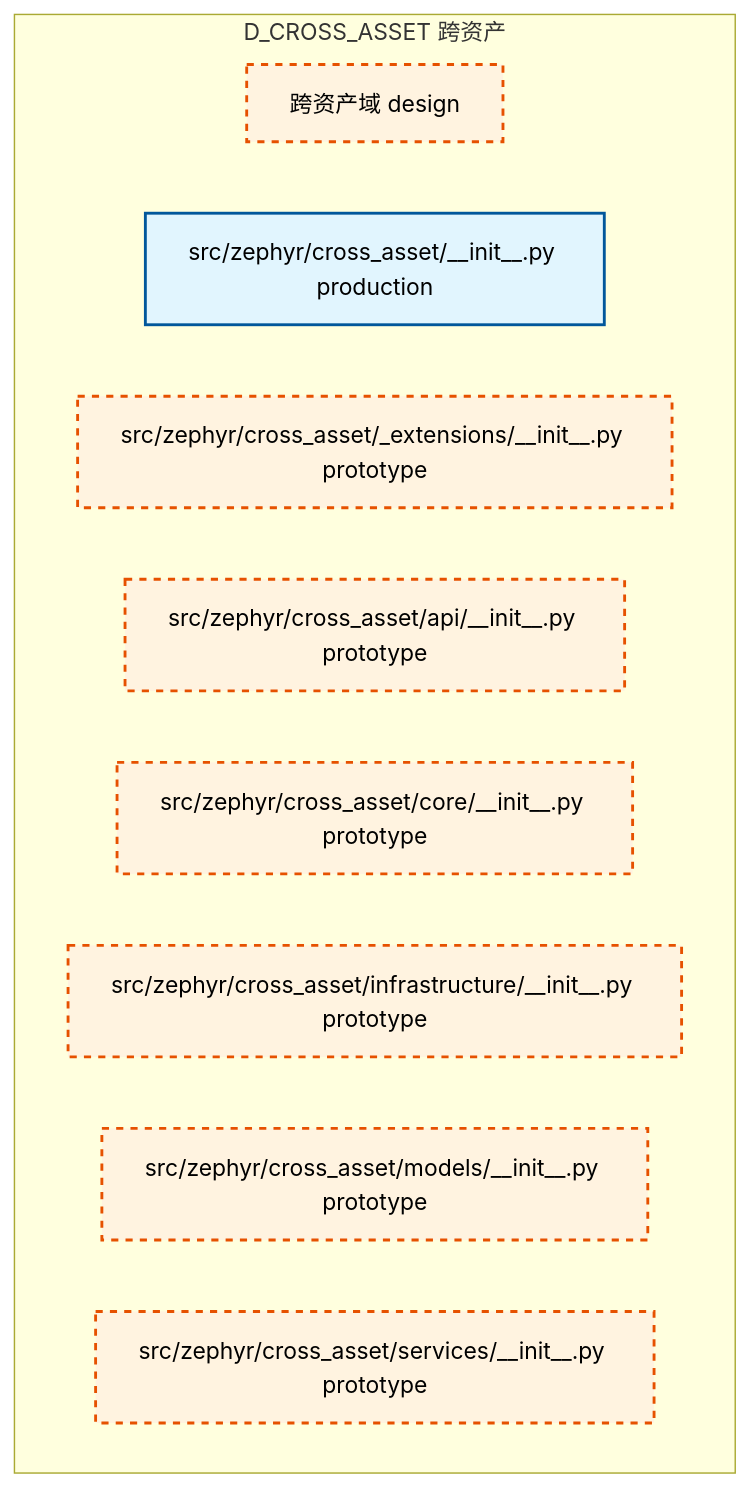
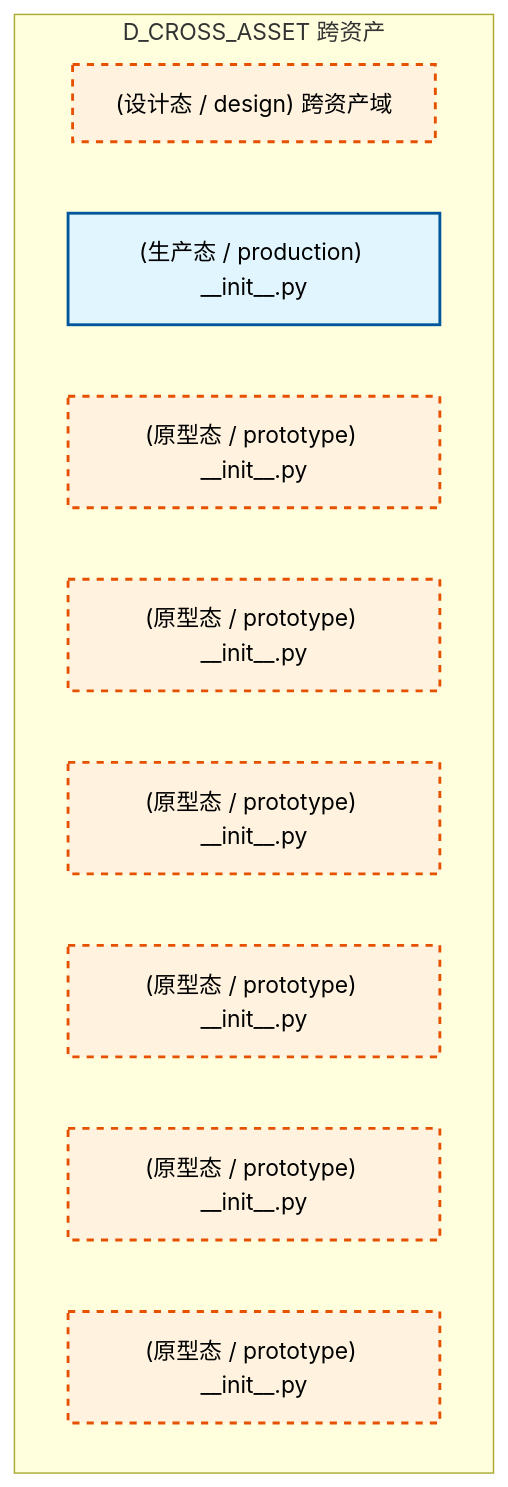
One commit to xuanFelixVan/ZephyrAlpha changed the diagram in docs/02_enterprise_architecture/02_domain_architecture_docs/24_d_cross_asset.md. Above: the diagram before and after it, drawn with Mermaid. The commit also changed other lines of this file and 100 other files, not shown here.

````diff
--- a/docs/02_enterprise_architecture/02_domain_architecture_docs/24_d_cross_asset.md
+++ b/docs/02_enterprise_architecture/02_domain_architecture_docs/24_d_cross_asset.md
@@ -47,19 +49,19 @@
 ```mermaid
 graph TD
     subgraph D_CROSS_ASSET["D_CROSS_ASSET 跨资产"]
-        src_zephyr_cross_asset["跨资产域 design"]
-        src_zephyr_cross_asset_init_py["src/zephyr/cross_asset/__init__.py production"]
-        src_zephyr_cross_asset_extensions_init_py["src/zephyr/cross_asset/_extensions/__init__.py prototype"]
-        src_zephyr_cross_asset_api_init_py["src/zephyr/cross_asset/api/__init__.py prototype"]
-        src_zephyr_cross_asset_core_init_py["src/zephyr/cross_asset/core/__init__.py prototype"]
-        src_zephyr_cross_asset_infrastructure_init_py["src/zephyr/cross_asset/infrastructure/__init__.py prototype"]
-        src_zephyr_cross_asset_models_init_py["src/zephyr/cross_asset/models/__init__.py prototype"]
-        src_zephyr_cross_asset_services_init_py["src/zephyr/cross_asset/services/__init__.py prototype"]
+        src_zephyr_cross_asset["(设计态 / design) 跨资产域"]
+        src_zephyr_cross_asset_init_py["(生产态 / production) __init__.py"]
+        src_zephyr_cross_asset_extensions_init_py["(原型态 / prototype) __init__.py"]
+        src_zephyr_cross_asset_api_init_py["(原型态 / prototype) __init__.py"]
+        src_zephyr_cross_asset_core_init_py["(原型态 / prototype) __init__.py"]
+        src_zephyr_cross_asset_infrastructure_init_py["(原型态 / prototype) __init__.py"]
+        src_zephyr_cross_asset_models_init_py["(原型态 / prototype) __init__.py"]
+        src_zephyr_cross_asset_services_init_py["(原型态 / prototype) __init__.py"]
     end
     classDef production fill:#e1f5fe,stroke:#01579b,stroke-width:2px,color:#000
     classDef design fill:#fff3e0,stroke:#e65100,stroke-width:2px,color:#000,stroke-dasharray: 5 5
     classDef external_prod fill:#e8f5e9,stroke:#1b5e20,stroke-width:1px,color:#000
     classDef external_design fill:#fce4ec,stroke:#880e4f,stroke-width:1px,color:#000,stroke-dasharray: 5 5
     class src_zephyr_cross_asset_init_py production
     class src_zephyr_cross_asset,src_zephyr_cross_asset_extensions_init_py,src_zephyr_cross_asset_api_init_py,src_zephyr_cross_asset_core_init_py,src_zephyr_cross_asset_infrastructure_init_py,src_zephyr_cross_asset_models_init_py,src_zephyr_cross_asset_services_init_py design
 ```
````
